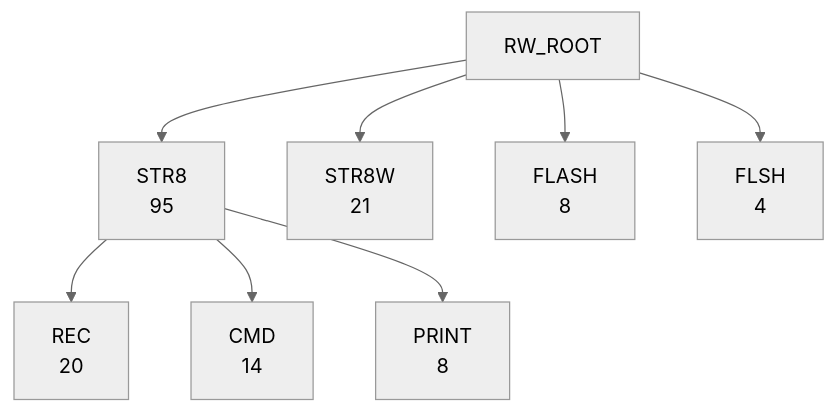
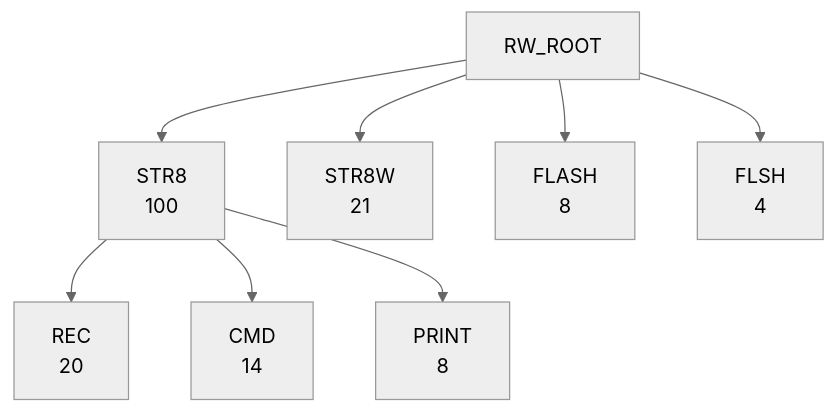
The fifth of 7 diagrams in DOC/GENERATED/ROUTINE_WORD_TREE.md (95westus/R-YORS), drawn with Mermaid (neutral theme) before and after one commit. The commit also changed other lines of this file and 38 other files, not shown here.

````diff
--- a/DOC/GENERATED/ROUTINE_WORD_TREE.md
+++ b/DOC/GENERATED/ROUTINE_WORD_TREE.md
@@ -77,10 +77,10 @@
 ```mermaid
 flowchart TD
-    RW_ROOT --> RW_STR8["STR8<br/>95"]
+    RW_ROOT --> RW_STR8["STR8<br/>100"]
     RW_ROOT --> RW_STR8W["STR8W<br/>21"]
     RW_ROOT --> RW_FLASH["FLASH<br/>8"]
     RW_ROOT --> RW_FLSH["FLSH<br/>4"]
     RW_STR8 --> RW_STR8_REC["REC<br/>20"]
     RW_STR8 --> RW_STR8_CMD["CMD<br/>14"]
     RW_STR8 --> RW_STR8_PRINT["PRINT<br/>8"]
 ```
````
